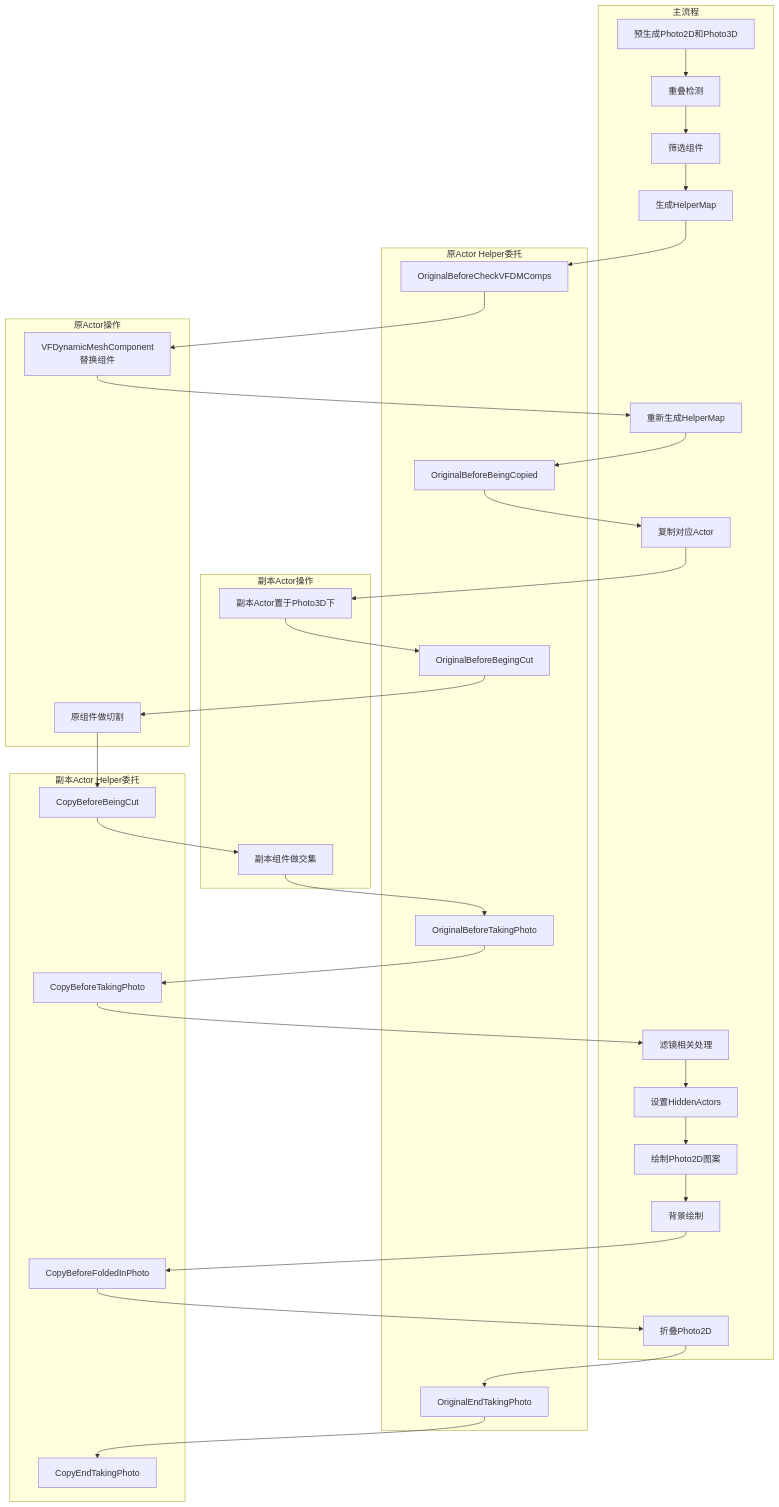
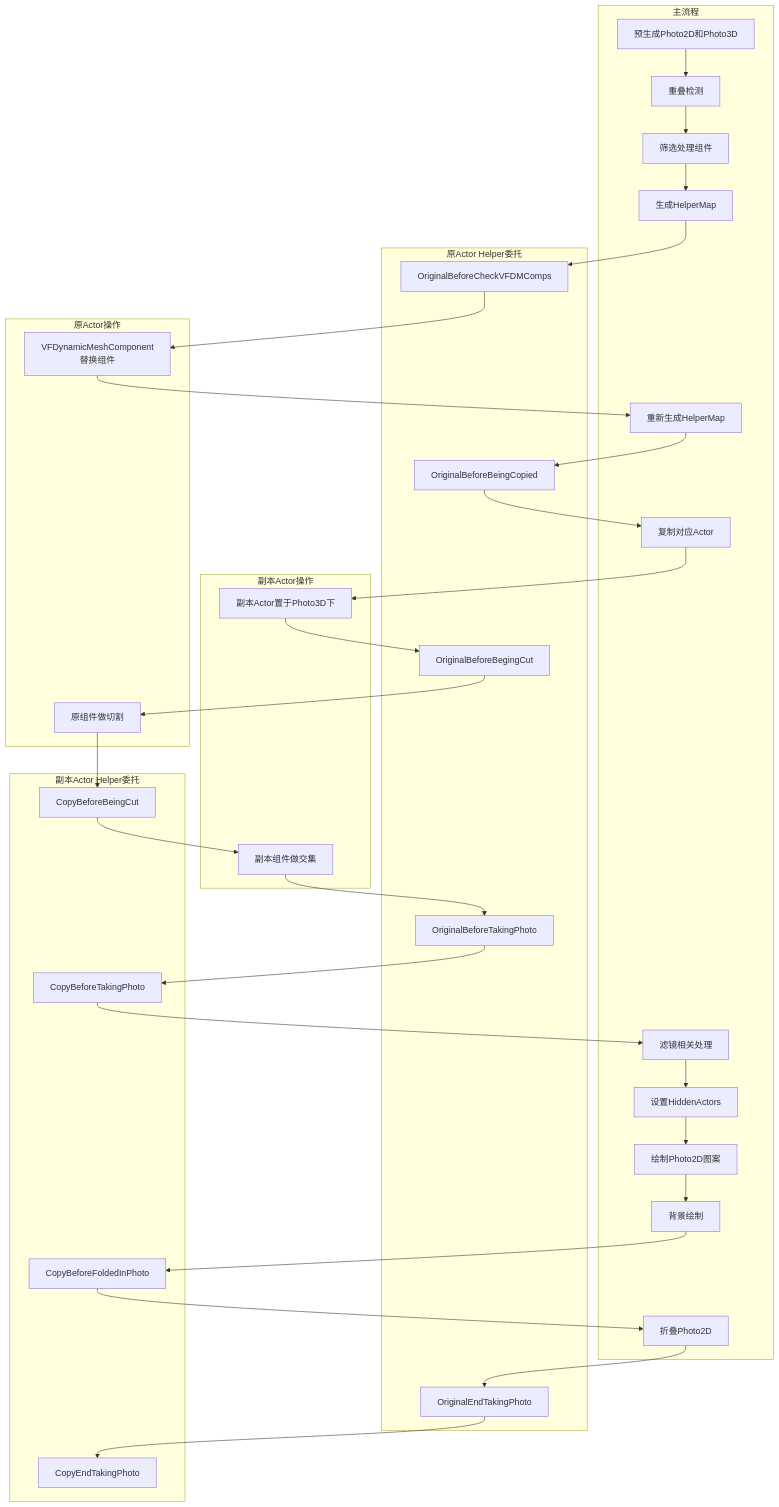
Before and after one commit to StrangeDS/ViewFinderRe: the seventh of 9 diagrams in README.zh.md, drawn with Mermaid. The commit also changed other lines of this file and 1 other file, not shown here.

```diff
--- a/README.zh.md
+++ b/README.zh.md
@@ -1103,7 +1249,7 @@
     subgraph MainProcess [主流程]
         M1[预生成Photo2D和Photo3D]
         M2[重叠检测]
-        M3[筛选组件]
+        M3[筛选处理组件]
         M4[生成HelperMap]
         M5[重新生成HelperMap]
         M6[复制对应Actor]
```
